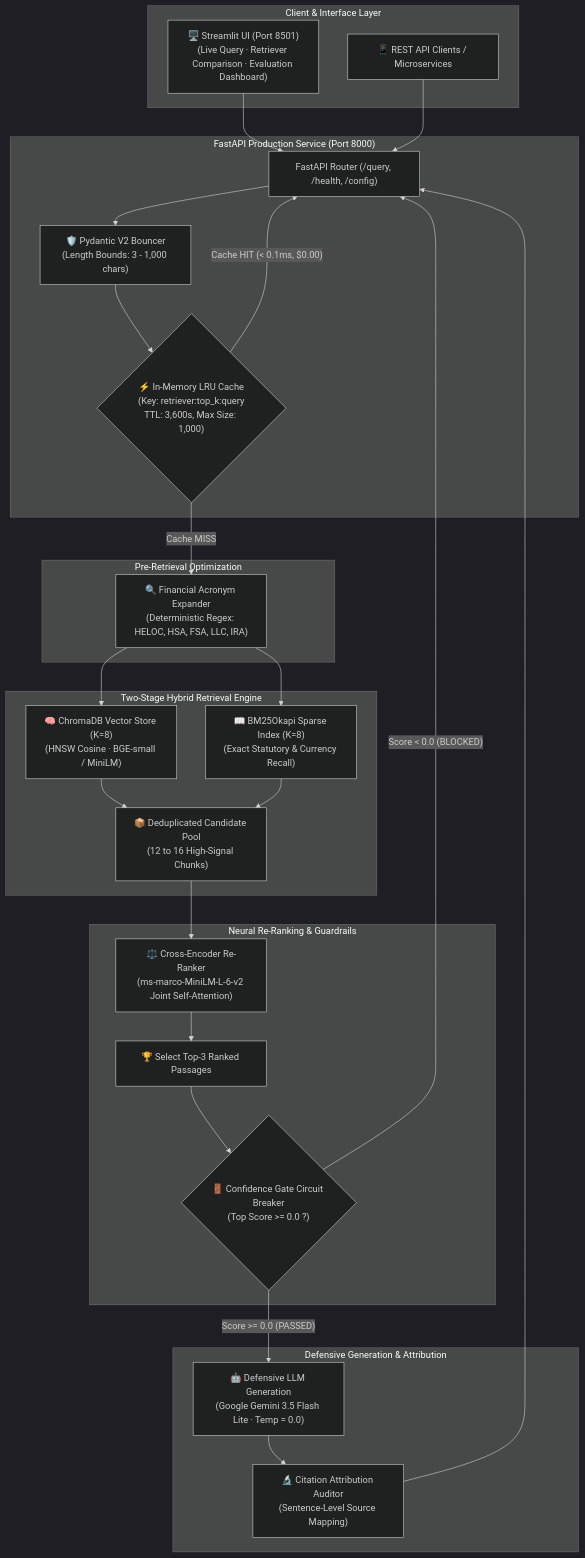
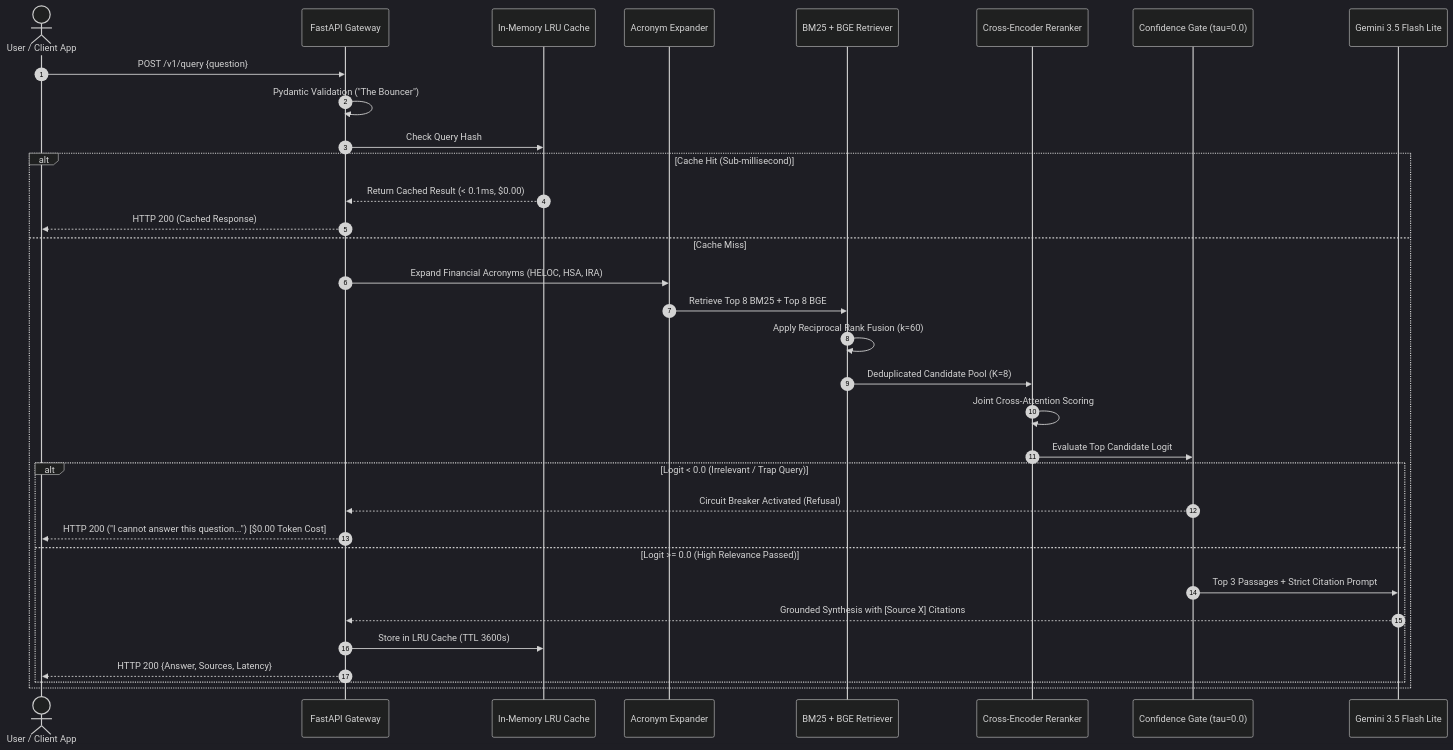
The diagram in README.md (khalfallahshams-tech/financial-rag-enterprise), drawn with Mermaid (dark theme) before and after one commit. The commit also changed other lines of this file, not shown here.

````diff
--- a/README.md
+++ b/README.md
@@ -35,52 +48,36 @@
 ```mermaid
-flowchart TD
-    subgraph ClientLayer["Client & Interface Layer"]
-        UI["🖥️ Streamlit UI (Port 8501)\n(Live Query · Retriever Comparison · Evaluation Dashboard)"]
-        Client["📱 REST API Clients / Microservices"]
+sequenceDiagram
+    autonumber
+    actor Client as User / Client App
+    participant API as FastAPI Gateway
+    participant Cache as In-Memory LRU Cache
+    participant Expander as Acronym Expander
+    participant Hybrid as BM25 + BGE Retriever
+    participant Reranker as Cross-Encoder Reranker
+    participant Gate as Confidence Gate (tau=0.0)
+    participant LLM as Gemini 3.5 Flash Lite
+
+    Client->>API: POST /v1/query {question}
+    API->>API: Pydantic Validation ("The Bouncer")
+    API->>Cache: Check Query Hash
+    alt Cache Hit (Sub-millisecond)
+        Cache-->>API: Return Cached Result (< 0.1ms, $0.00)
+        API-->>Client: HTTP 200 (Cached Response)
+    else Cache Miss
+        API->>Expander: Expand Financial Acronyms (HELOC, HSA, IRA)
+        Expander->>Hybrid: Retrieve Top 8 BM25 + Top 8 BGE
+        Hybrid->>Hybrid: Apply Reciprocal Rank Fusion (k=60)
+        Hybrid->>Reranker: Deduplicated Candidate Pool (K=8)
+        Reranker->>Reranker: Joint Cross-Attention Scoring
+        Reranker->>Gate: Evaluate Top Candidate Logit
+        alt Logit < 0.0 (Irrelevant / Trap Query)
+            Gate-->>API: Circuit Breaker Activated (Refusal)
+            API-->>Client: HTTP 200 ("I cannot answer this question...") [$0.00 Token Cost]
+        else Logit >= 0.0 (High Relevance Passed)
+            Gate->>LLM: Top 3 Passages + Strict Citation Prompt
+            LLM-->>API: Grounded Synthesis with [Source X] Citations
+            API->>Cache: Store in LRU Cache (TTL 3600s)
+            API-->>Client: HTTP 200 {Answer, Sources, Latency}
+        end
     end
-
-    subgraph APILayer["FastAPI Production Service (Port 8000)"]
-        Router["FastAPI Router (/query, /health, /config)"]
-        Bouncer["🛡️ Pydantic V2 Bouncer\n(Length Bounds: 3 - 1,000 chars)"]
-        Cache{"⚡ In-Memory LRU Cache\n(Key: retriever:top_k:query\nTTL: 3,600s, Max Size: 1,000)"}
-    end
-
-    subgraph PreprocessingLayer["Pre-Retrieval Optimization"]
-        Expander["🔍 Financial Acronym Expander\n(Deterministic Regex: HELOC, HSA, FSA, LLC, IRA)"]
-    end
-
-    subgraph RetrievalLayer["Two-Stage Hybrid Retrieval Engine"]
-        Dense["🧠 ChromaDB Vector Store (K=8)\n(HNSW Cosine · BGE-small / MiniLM)"]
-        Sparse["📖 BM25Okapi Sparse Index (K=8)\n(Exact Statutory & Currency Recall)"]
-        Fusion["📦 Deduplicated Candidate Pool\n(12 to 16 High-Signal Chunks)"]
-    end
-
-    subgraph RankingGuardrailLayer["Neural Re-Ranking & Guardrails"]
-        CrossEncoder["⚖️ Cross-Encoder Re-Ranker\n(ms-marco-MiniLM-L-6-v2 Joint Self-Attention)"]
-        Top3["🏆 Select Top-3 Ranked Passages"]
-        Gate{"🚪 Confidence Gate Circuit Breaker\n(Top Score >= 0.0 ?)"}
-    end
-
-    subgraph GenerationLayer["Defensive Generation & Attribution"]
-        LLM["🤖 Defensive LLM Generation\n(Google Gemini 3.5 Flash Lite · Temp = 0.0)"]
-        Auditor["🔬 Citation Attribution Auditor\n(Sentence-Level Source Mapping)"]
-    end
-
-    UI --> Router
-    Client --> Router
-    Router --> Bouncer
-    Bouncer --> Cache
-    Cache -- "Cache HIT (< 0.1ms, $0.00)" --> Router
-    Cache -- "Cache MISS" --> Expander
-    Expander --> Dense
-    Expander --> Sparse
-    Dense --> Fusion
-    Sparse --> Fusion
-    Fusion --> CrossEncoder
-    CrossEncoder --> Top3
-    Top3 --> Gate
-    Gate -- "Score < 0.0 (BLOCKED)" --> Router
-    Gate -- "Score >= 0.0 (PASSED)" --> LLM
-    LLM --> Auditor
-    Auditor --> Router
 ```
````
